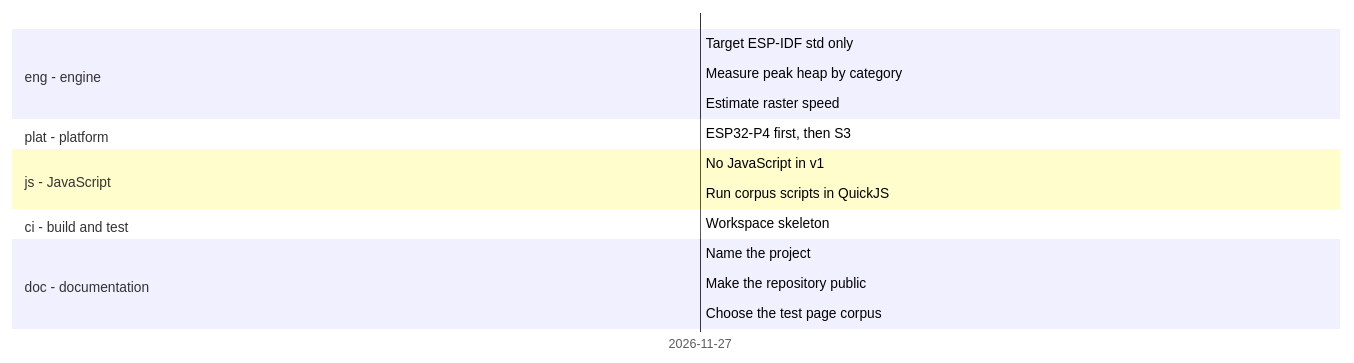
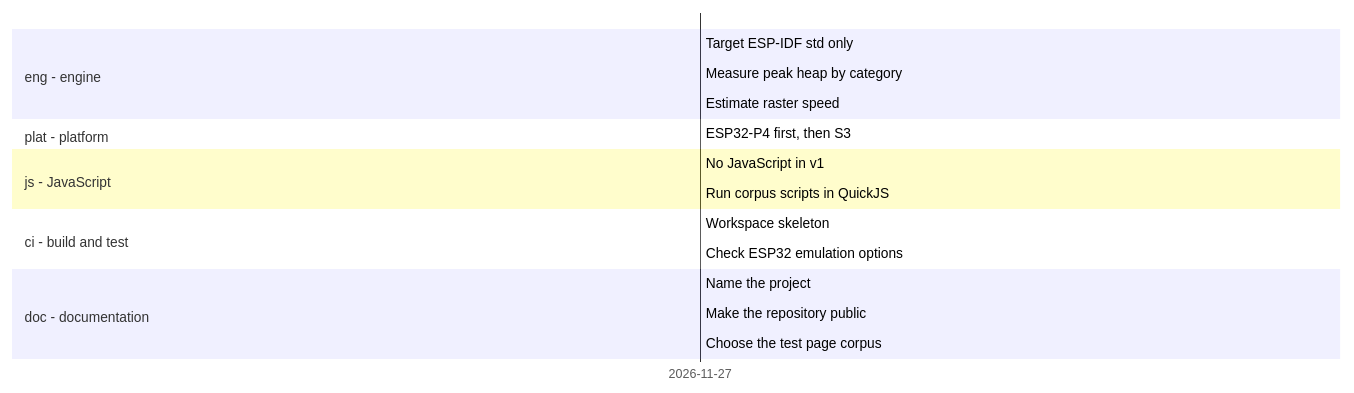
One commit to lhns/embedded-browser changed the diagram in docs/roadmap/timeline.md. Above: the diagram before and after it, drawn with Mermaid. The commit also changed other lines of this file and 22 other files, not shown here.

First line of the commit message:
M0: emulation check (S3 QEMU golden screenshot, P4 QEMU, Wokwi findings) (#2)

````diff
--- a/docs/roadmap/timeline.md
+++ b/docs/roadmap/timeline.md
@@ -10,20 +10,21 @@
 ```mermaid
 gantt
     dateFormat YYYY-MM-DD
     axisFormat %Y-%m-%d
     section eng - engine
     Target ESP-IDF std only :eng_std_only_esp_idf, 2026-11-27, 2026-11-27
     Measure peak heap by category :eng_peak_heap, 2026-11-27, 2026-11-27
     Estimate raster speed :eng_raster_estimate, 2026-11-27, 2026-11-27
     section plat - platform
     ESP32-P4 first, then S3 :plat_boards_p4_first, 2026-11-27, 2026-11-27
     section js - JavaScript
     No JavaScript in v1 :js_no_js_in_v1, 2026-11-27, 2026-11-27
     Run corpus scripts in QuickJS :js_host_spike, 2026-11-27, 2026-11-27
     section ci - build and test
     Workspace skeleton :ci_workspace_skeleton, 2026-11-27, 2026-11-27
+    Check ESP32 emulation options :ci_emulation_check, 2026-11-27, 2026-11-27
     section doc - documentation
     Name the project :doc_name_embedded_browser, 2026-11-27, 2026-11-27
     Make the repository public :doc_public_repo, 2026-11-27, 2026-11-27
     Choose the test page corpus :doc_corpus_choice, 2026-11-27, 2026-11-27
 ```
````
